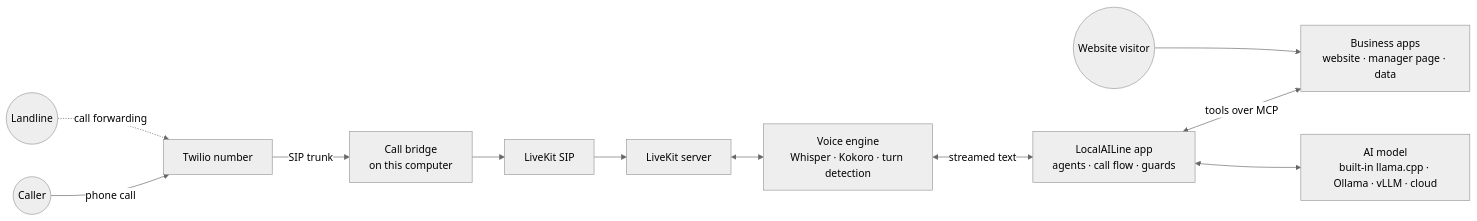
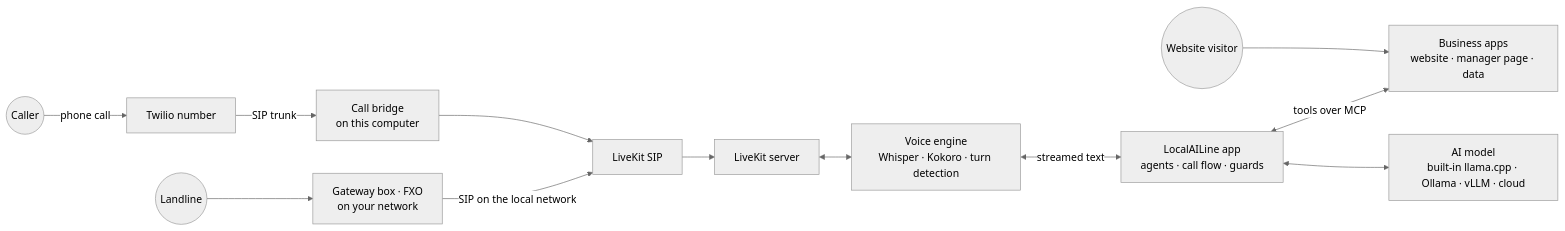
Before and after one commit to keyhan-azarjoo/local-ai-call-agents: the second of 2 diagrams in README.md, drawn with Mermaid (neutral theme). The commit also changed other lines of this file and 12 other files, not shown here.

First line of the commit message:
Landlines answered through a gateway box on the local network

````diff
--- a/README.md
+++ b/README.md
@@ -55,13 +56,14 @@
 ```mermaid
 flowchart LR
   caller((Caller)) -->|phone call| twilio[Twilio number]
-  landline((Landline)) -.->|call forwarding| twilio
+  landline((Landline)) --> fxo[Gateway box · FXO<br/>on your network]
+  fxo -->|SIP on the local network| sip
   twilio -->|SIP trunk| bridge[Call bridge<br/>on this computer]
   bridge --> sip[LiveKit SIP]
   sip --> lk[LiveKit server]
   lk <--> voice[Voice engine<br/>Whisper · Kokoro · turn detection]
   voice <-->|streamed text| app[LocalAILine app<br/>agents · call flow · guards]
   app <-->|tools over MCP| biz[Business apps<br/>website · manager page · data]
   app <--> llm[AI model<br/>built-in llama.cpp · Ollama · vLLM · cloud]
   customer((Website visitor)) --> biz
 ```
````
